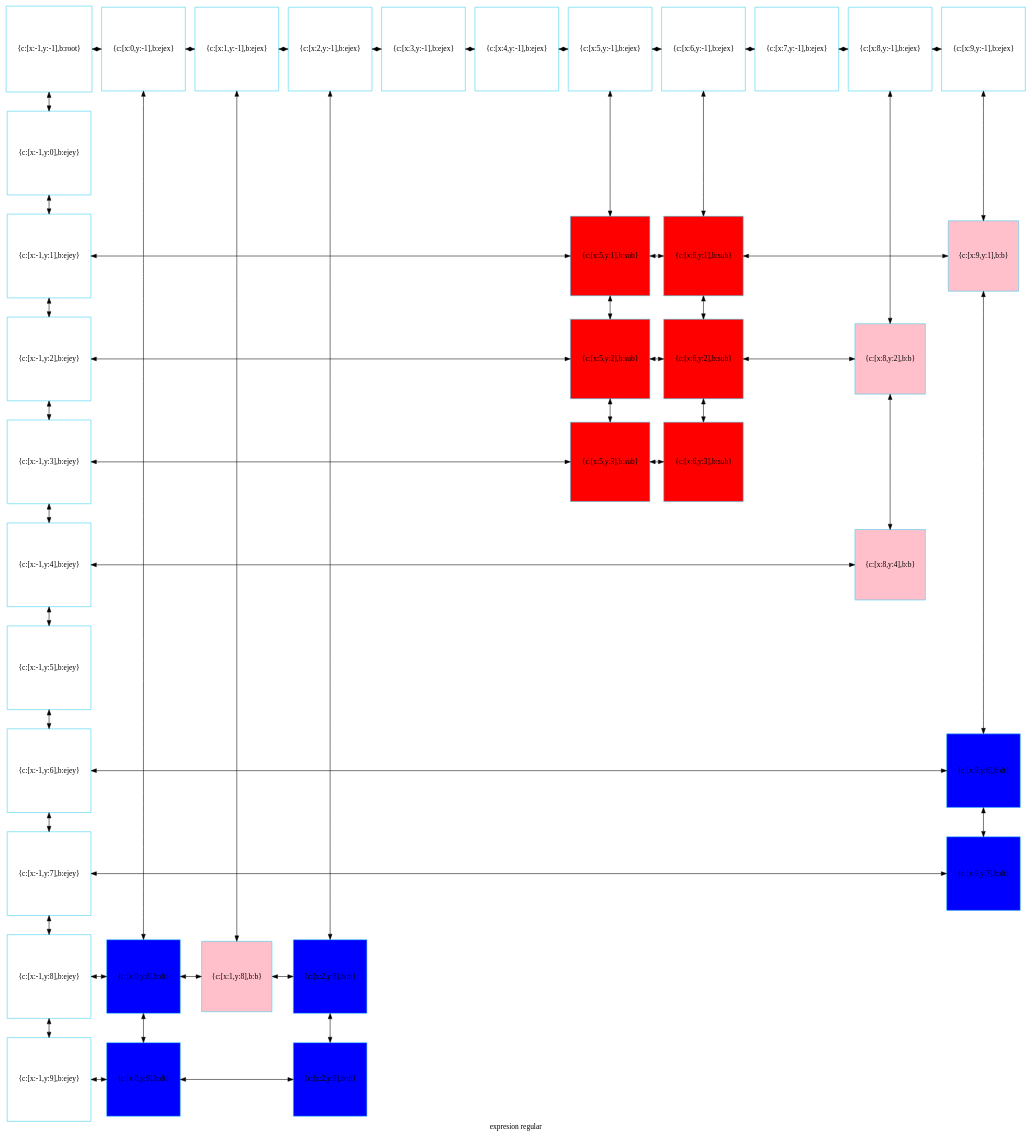
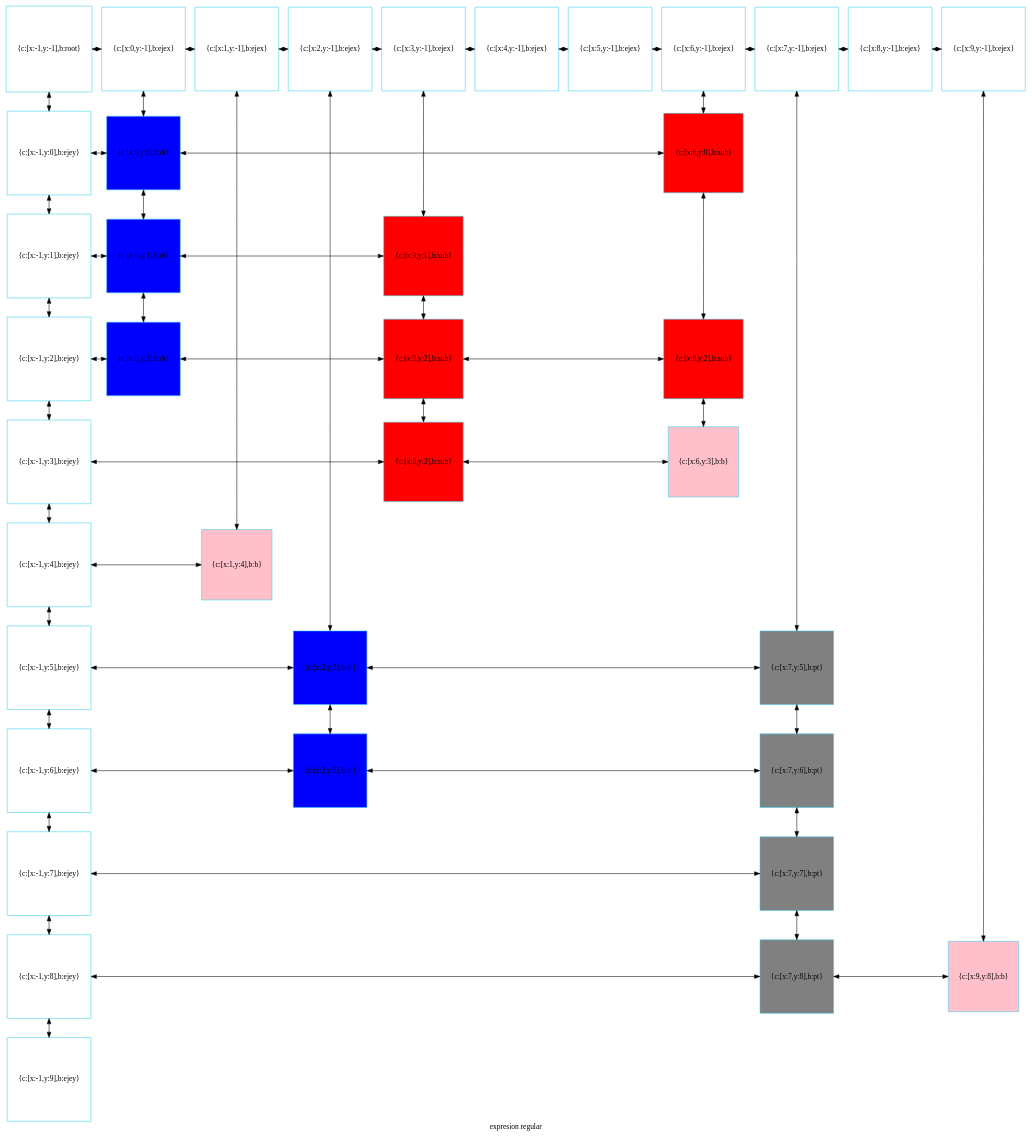
One commit to betebetoven/EDDS2F2 changed the diagram in compu.dot. Above: the diagram before and after it, drawn with Graphviz. The commit also changed 21 other files, not shown here.

```diff
--- a/compu.dot
+++ b/compu.dot
@@ -1,109 +1,112 @@
 digraph G
 {label="expresion regular"
         node[shape = square]
         node[style = filled]
         node[fillcolor = "#EEEEE"]
         node[color = "#EEEEE"]
         node[color = "#31CEF0"]
 
-1075653314688[label="{c:[x:-1,y:-1],b:root}",fillcolor = "white"]
-1075653314736[label="{c:[x:0,y:-1],b:ejex}",fillcolor = "white"]
-1075653314160[label="{c:[x:1,y:-1],b:ejex}",fillcolor = "white"]
-1075653313872[label="{c:[x:2,y:-1],b:ejex}",fillcolor = "white"]
-1075653312576[label="{c:[x:3,y:-1],b:ejex}",fillcolor = "white"]
-1075653314832[label="{c:[x:4,y:-1],b:ejex}",fillcolor = "white"]
-1075653314400[label="{c:[x:5,y:-1],b:ejex}",fillcolor = "white"]
-1075653313968[label="{c:[x:6,y:-1],b:ejex}",fillcolor = "white"]
-1075653315120[label="{c:[x:7,y:-1],b:ejex}",fillcolor = "white"]
-1075653315264[label="{c:[x:8,y:-1],b:ejex}",fillcolor = "white"]
-1075653315408[label="{c:[x:9,y:-1],b:ejex}",fillcolor = "white"]
-1075653315552[label="{c:[x:-1,y:0],b:ejey}",fillcolor = "white"]
-1075653315696[label="{c:[x:-1,y:1],b:ejey}",fillcolor = "white"]
-1075654601552[label="{c:[x:5,y:1],b:sub}",fillcolor = "red"]
-1075654600496[label="{c:[x:6,y:1],b:sub}",fillcolor = "red"]
-1075654605264[label="{c:[x:9,y:1],b:b}",fillcolor = "pink"]
-1075653315840[label="{c:[x:-1,y:2],b:ejey}",fillcolor = "white"]
-1075654601888[label="{c:[x:5,y:2],b:sub}",fillcolor = "red"]
-1075654600832[label="{c:[x:6,y:2],b:sub}",fillcolor = "red"]
-1075654605600[label="{c:[x:8,y:2],b:b}",fillcolor = "pink"]
-1075653315984[label="{c:[x:-1,y:3],b:ejey}",fillcolor = "white"]
-1075654602224[label="{c:[x:5,y:3],b:sub}",fillcolor = "red"]
-1075654601168[label="{c:[x:6,y:3],b:sub}",fillcolor = "red"]
-1075653316128[label="{c:[x:-1,y:4],b:ejey}",fillcolor = "white"]
-1075654604928[label="{c:[x:8,y:4],b:b}",fillcolor = "pink"]
-1075653316272[label="{c:[x:-1,y:5],b:ejey}",fillcolor = "white"]
-1075653316416[label="{c:[x:-1,y:6],b:ejey}",fillcolor = "white"]
-1075654601504[label="{c:[x:9,y:6],b:dt}",fillcolor = "blue"]
-1075653316560[label="{c:[x:-1,y:7],b:ejey}",fillcolor = "white"]
-1075654602912[label="{c:[x:9,y:7],b:dt}",fillcolor = "blue"]
-1075654598816[label="{c:[x:-1,y:8],b:ejey}",fillcolor = "white"]
-1075654603296[label="{c:[x:0,y:8],b:dt}",fillcolor = "blue"]
-1075654604592[label="{c:[x:1,y:8],b:b}",fillcolor = "pink"]
-1075654604256[label="{c:[x:2,y:8],b:dt}",fillcolor = "blue"]
-1075654598960[label="{c:[x:-1,y:9],b:ejey}",fillcolor = "white"]
-1075654603632[label="{c:[x:0,y:9],b:dt}",fillcolor = "blue"]
-1075654604016[label="{c:[x:2,y:9],b:dt}",fillcolor = "blue"]
-1075653314688->1075653315552[dir = both];
-1075653315552->1075653315696[dir = both];
-1075653315696->1075653315840[dir = both];
-1075653315840->1075653315984[dir = both];
-1075653315984->1075653316128[dir = both];
-1075653316128->1075653316272[dir = both];
-1075653316272->1075653316416[dir = both];
-1075653316416->1075653316560[dir = both];
-1075653316560->1075654598816[dir = both];
-1075654598816->1075654598960[dir = both];
-1075653314736->1075654603296[dir = both];
-1075654603296->1075654603632[dir = both];
-1075653314160->1075654604592[dir = both];
-1075653313872->1075654604256[dir = both];
-1075654604256->1075654604016[dir = both];
-1075653314400->1075654601552[dir = both];
-1075654601552->1075654601888[dir = both];
-1075654601888->1075654602224[dir = both];
-1075653313968->1075654600496[dir = both];
-1075654600496->1075654600832[dir = both];
-1075654600832->1075654601168[dir = both];
-1075653315264->1075654605600[dir = both];
-1075654605600->1075654604928[dir = both];
-1075653315408->1075654605264[dir = both];
-1075654605264->1075654601504[dir = both];
-1075654601504->1075654602912[dir = both];
-1075653314688->1075653314736[dir = both];
-1075653314736->1075653314160[dir = both];
-1075653314160->1075653313872[dir = both];
-1075653313872->1075653312576[dir = both];
-1075653312576->1075653314832[dir = both];
-1075653314832->1075653314400[dir = both];
-1075653314400->1075653313968[dir = both];
-1075653313968->1075653315120[dir = both];
-1075653315120->1075653315264[dir = both];
-1075653315264->1075653315408[dir = both];
-1075653315696->1075654601552[constraint=false,dir = both];
-1075654601552->1075654600496[constraint=false,dir = both];
-1075654600496->1075654605264[constraint=false,dir = both];
-1075653315840->1075654601888[constraint=false,dir = both];
-1075654601888->1075654600832[constraint=false,dir = both];
-1075654600832->1075654605600[constraint=false,dir = both];
-1075653315984->1075654602224[constraint=false,dir = both];
-1075654602224->1075654601168[constraint=false,dir = both];
-1075653316128->1075654604928[constraint=false,dir = both];
-1075653316416->1075654601504[constraint=false,dir = both];
-1075653316560->1075654602912[constraint=false,dir = both];
-1075654598816->1075654603296[constraint=false,dir = both];
-1075654603296->1075654604592[constraint=false,dir = both];
-1075654604592->1075654604256[constraint=false,dir = both];
-1075654598960->1075654603632[constraint=false,dir = both];
-1075654603632->1075654604016[constraint=false,dir = both];
- {rank=same; 1075653314688;1075653314736;1075653314160;1075653313872;1075653312576;1075653314832;1075653314400;1075653313968;1075653315120;1075653315264;1075653315408;}
- {rank=same; 1075653315552;}
- {rank=same; 1075653315696;1075654601552;1075654600496;1075654605264;}
- {rank=same; 1075653315840;1075654601888;1075654600832;1075654605600;}
- {rank=same; 1075653315984;1075654602224;1075654601168;}
- {rank=same; 1075653316128;1075654604928;}
- {rank=same; 1075653316272;}
- {rank=same; 1075653316416;1075654601504;}
- {rank=same; 1075653316560;1075654602912;}
- {rank=same; 1075654598816;1075654603296;1075654604592;1075654604256;}
- {rank=same; 1075654598960;1075654603632;1075654604016;}
+101328199296[label="{c:[x:-1,y:-1],b:root}",fillcolor = "white"]
+101328197712[label="{c:[x:0,y:-1],b:ejex}",fillcolor = "white"]
+101328197856[label="{c:[x:1,y:-1],b:ejex}",fillcolor = "white"]
+101328199200[label="{c:[x:2,y:-1],b:ejex}",fillcolor = "white"]
+101328199488[label="{c:[x:3,y:-1],b:ejex}",fillcolor = "white"]
+101351469120[label="{c:[x:4,y:-1],b:ejex}",fillcolor = "white"]
+101351469408[label="{c:[x:5,y:-1],b:ejex}",fillcolor = "white"]
+101351469504[label="{c:[x:6,y:-1],b:ejex}",fillcolor = "white"]
+101351469648[label="{c:[x:7,y:-1],b:ejex}",fillcolor = "white"]
+101351469792[label="{c:[x:8,y:-1],b:ejex}",fillcolor = "white"]
+101351469936[label="{c:[x:9,y:-1],b:ejex}",fillcolor = "white"]
+101351470080[label="{c:[x:-1,y:0],b:ejey}",fillcolor = "white"]
+101351520768[label="{c:[x:0,y:0],b:dt}",fillcolor = "blue"]
+101351472960[label="{c:[x:6,y:0],b:sub}",fillcolor = "red"]
+101351470224[label="{c:[x:-1,y:1],b:ejey}",fillcolor = "white"]
+101351521104[label="{c:[x:0,y:1],b:dt}",fillcolor = "blue"]
+101351519088[label="{c:[x:3,y:1],b:sub}",fillcolor = "red"]
+101351470368[label="{c:[x:-1,y:2],b:ejey}",fillcolor = "white"]
+101351520096[label="{c:[x:0,y:2],b:dt}",fillcolor = "blue"]
+101351519424[label="{c:[x:3,y:2],b:sub}",fillcolor = "red"]
+101351518752[label="{c:[x:6,y:2],b:sub}",fillcolor = "red"]
+101351470512[label="{c:[x:-1,y:3],b:ejey}",fillcolor = "white"]
+101351519760[label="{c:[x:3,y:3],b:sub}",fillcolor = "red"]
+101351531376[label="{c:[x:6,y:3],b:b}",fillcolor = "pink"]
+101351470656[label="{c:[x:-1,y:4],b:ejey}",fillcolor = "white"]
+101351522112[label="{c:[x:1,y:4],b:b}",fillcolor = "pink"]
+101351470800[label="{c:[x:-1,y:5],b:ejey}",fillcolor = "white"]
+101351521440[label="{c:[x:2,y:5],b:dt}",fillcolor = "blue"]
+101351472288[label="{c:[x:7,y:5],b:pt}",fillcolor = "gray"]
+101351470944[label="{c:[x:-1,y:6],b:ejey}",fillcolor = "white"]
+101351521776[label="{c:[x:2,y:6],b:dt}",fillcolor = "blue"]
+101351471952[label="{c:[x:7,y:6],b:pt}",fillcolor = "gray"]
+101351471088[label="{c:[x:-1,y:7],b:ejey}",fillcolor = "white"]
+101351471712[label="{c:[x:7,y:7],b:pt}",fillcolor = "gray"]
+101351471232[label="{c:[x:-1,y:8],b:ejey}",fillcolor = "white"]
+101351472624[label="{c:[x:7,y:8],b:pt}",fillcolor = "gray"]
+101351531040[label="{c:[x:9,y:8],b:b}",fillcolor = "pink"]
+101351471376[label="{c:[x:-1,y:9],b:ejey}",fillcolor = "white"]
+101328199296->101351470080[dir = both];
+101351470080->101351470224[dir = both];
+101351470224->101351470368[dir = both];
+101351470368->101351470512[dir = both];
+101351470512->101351470656[dir = both];
+101351470656->101351470800[dir = both];
+101351470800->101351470944[dir = both];
+101351470944->101351471088[dir = both];
+101351471088->101351471232[dir = both];
+101351471232->101351471376[dir = both];
+101328197712->101351520768[dir = both];
+101351520768->101351521104[dir = both];
+101351521104->101351520096[dir = both];
+101328197856->101351522112[dir = both];
+101328199200->101351521440[dir = both];
+101351521440->101351521776[dir = both];
+101328199488->101351519088[dir = both];
+101351519088->101351519424[dir = both];
+101351519424->101351519760[dir = both];
+101351469504->101351472960[dir = both];
+101351472960->101351518752[dir = both];
+101351518752->101351531376[dir = both];
+101351469648->101351472288[dir = both];
+101351472288->101351471952[dir = both];
+101351471952->101351471712[dir = both];
+101351471712->101351472624[dir = both];
+101351469936->101351531040[dir = both];
+101328199296->101328197712[dir = both];
+101328197712->101328197856[dir = both];
+101328197856->101328199200[dir = both];
+101328199200->101328199488[dir = both];
+101328199488->101351469120[dir = both];
+101351469120->101351469408[dir = both];
+101351469408->101351469504[dir = both];
+101351469504->101351469648[dir = both];
+101351469648->101351469792[dir = both];
+101351469792->101351469936[dir = both];
+101351470080->101351520768[constraint=false,dir = both];
+101351520768->101351472960[constraint=false,dir = both];
+101351470224->101351521104[constraint=false,dir = both];
+101351521104->101351519088[constraint=false,dir = both];
+101351470368->101351520096[constraint=false,dir = both];
+101351520096->101351519424[constraint=false,dir = both];
+101351519424->101351518752[constraint=false,dir = both];
+101351470512->101351519760[constraint=false,dir = both];
+101351519760->101351531376[constraint=false,dir = both];
+101351470656->101351522112[constraint=false,dir = both];
+101351470800->101351521440[constraint=false,dir = both];
+101351521440->101351472288[constraint=false,dir = both];
+101351470944->101351521776[constraint=false,dir = both];
+101351521776->101351471952[constraint=false,dir = both];
+101351471088->101351471712[constraint=false,dir = both];
+101351471232->101351472624[constraint=false,dir = both];
+101351472624->101351531040[constraint=false,dir = both];
+ {rank=same; 101328199296;101328197712;101328197856;101328199200;101328199488;101351469120;101351469408;101351469504;101351469648;101351469792;101351469936;}
+ {rank=same; 101351470080;101351520768;101351472960;}
+ {rank=same; 101351470224;101351521104;101351519088;}
+ {rank=same; 101351470368;101351520096;101351519424;101351518752;}
+ {rank=same; 101351470512;101351519760;101351531376;}
+ {rank=same; 101351470656;101351522112;}
+ {rank=same; 101351470800;101351521440;101351472288;}
+ {rank=same; 101351470944;101351521776;101351471952;}
+ {rank=same; 101351471088;101351471712;}
+ {rank=same; 101351471232;101351472624;101351531040;}
+ {rank=same; 101351471376;}
 }
```
